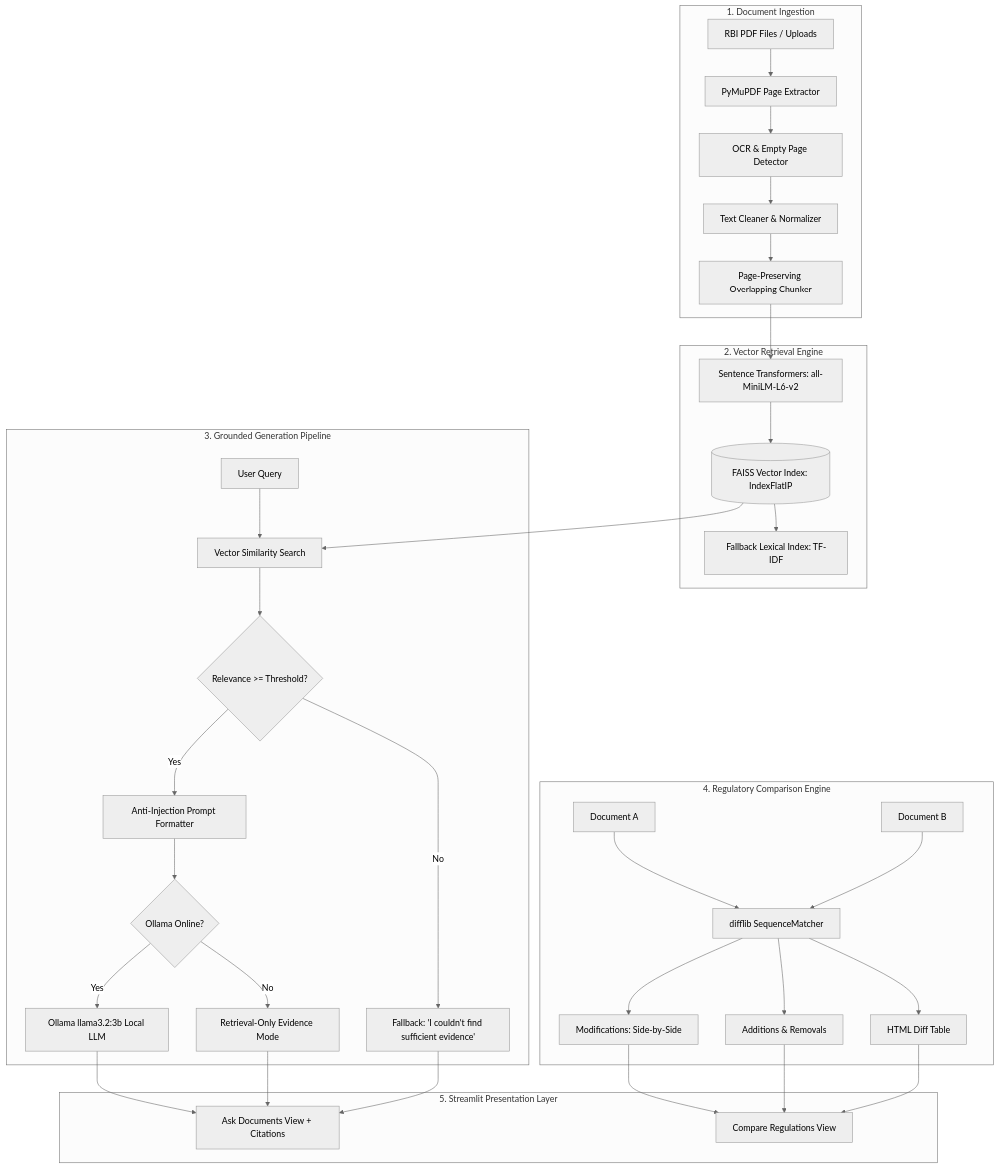
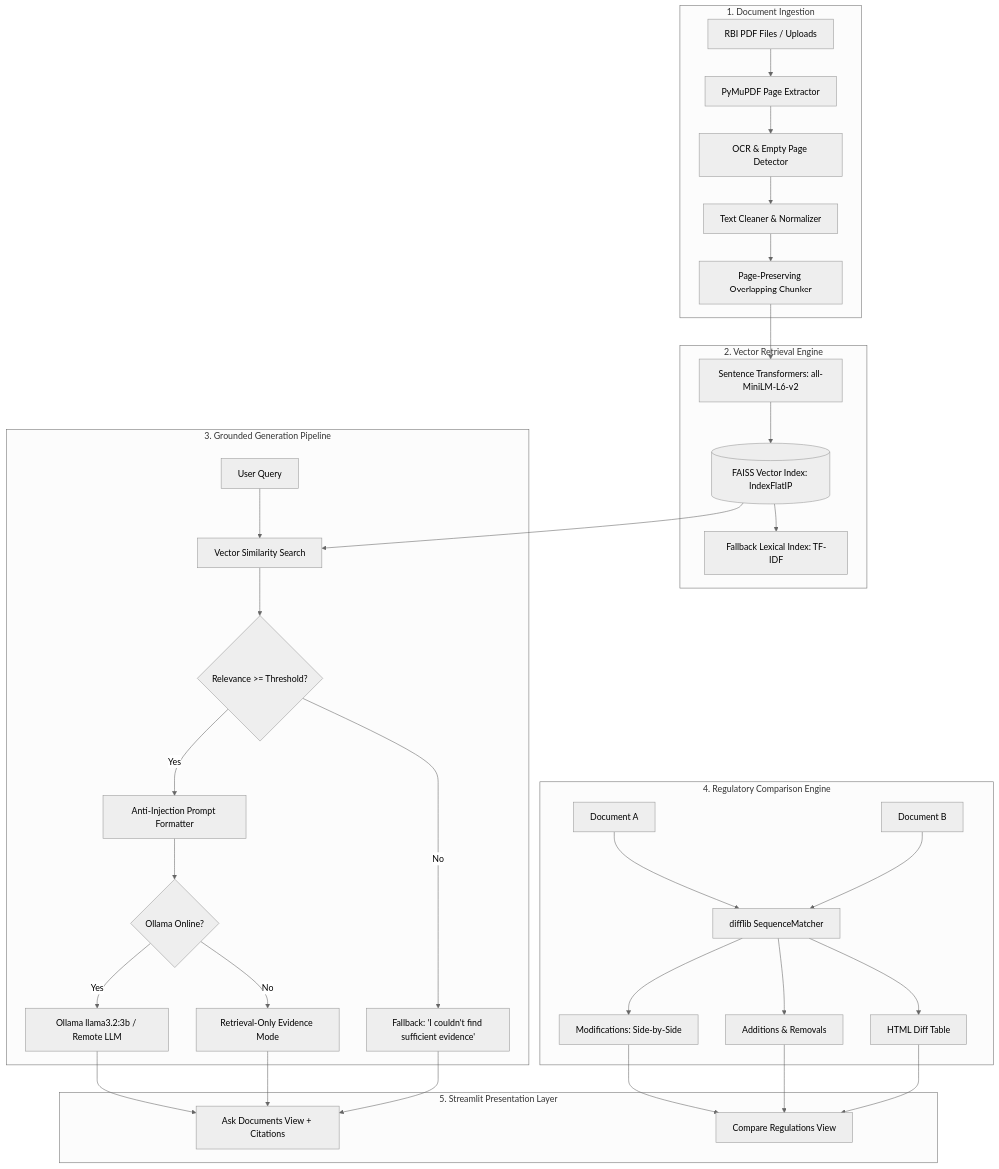
The diagram in README.md (JhenkarC-555/ReguLens), drawn with Mermaid (neutral theme) before and after one commit. The commit also changed other lines of this file, not shown here.

````diff
--- a/README.md
+++ b/README.md
@@ -59,38 +104,38 @@
 ```mermaid
 flowchart TD
     subgraph Ingestion ["1. Document Ingestion"]
         A[RBI PDF Files / Uploads] --> B[PyMuPDF Page Extractor]
         B --> C[OCR & Empty Page Detector]
         C --> D[Text Cleaner & Normalizer]
         D --> E[Page-Preserving Overlapping Chunker]
     end
 
     subgraph Indexing ["2. Vector Retrieval Engine"]
         E --> F[Sentence Transformers: all-MiniLM-L6-v2]
         F --> G[(FAISS Vector Index: IndexFlatIP)]
         G --> H[Fallback Lexical Index: TF-IDF]
     end
 
     subgraph RAG ["3. Grounded Generation Pipeline"]
         I[User Query] --> J[Vector Similarity Search]
         G --> J
         J --> K{Relevance >= Threshold?}
         K -- No --> L["Fallback: 'I couldn't find sufficient evidence'"]
         K -- Yes --> M[Anti-Injection Prompt Formatter]
         M --> N{Ollama Online?}
-        N -- Yes --> O[Ollama llama3.2:3b Local LLM]
+        N -- Yes --> O[Ollama llama3.2:3b / Remote LLM]
         N -- No --> P[Retrieval-Only Evidence Mode]
     end
 
     subgraph Diffing ["4. Regulatory Comparison Engine"]
         Q[Document A] & R[Document B] --> S[difflib SequenceMatcher]
         S --> T[Modifications: Side-by-Side]
         S --> U[Additions & Removals]
         S --> V[HTML Diff Table]
     end
 
     subgraph UI ["5. Streamlit Presentation Layer"]
         O & P & L --> W[Ask Documents View + Citations]
         T & U & V --> X[Compare Regulations View]
     end
 ```
````
